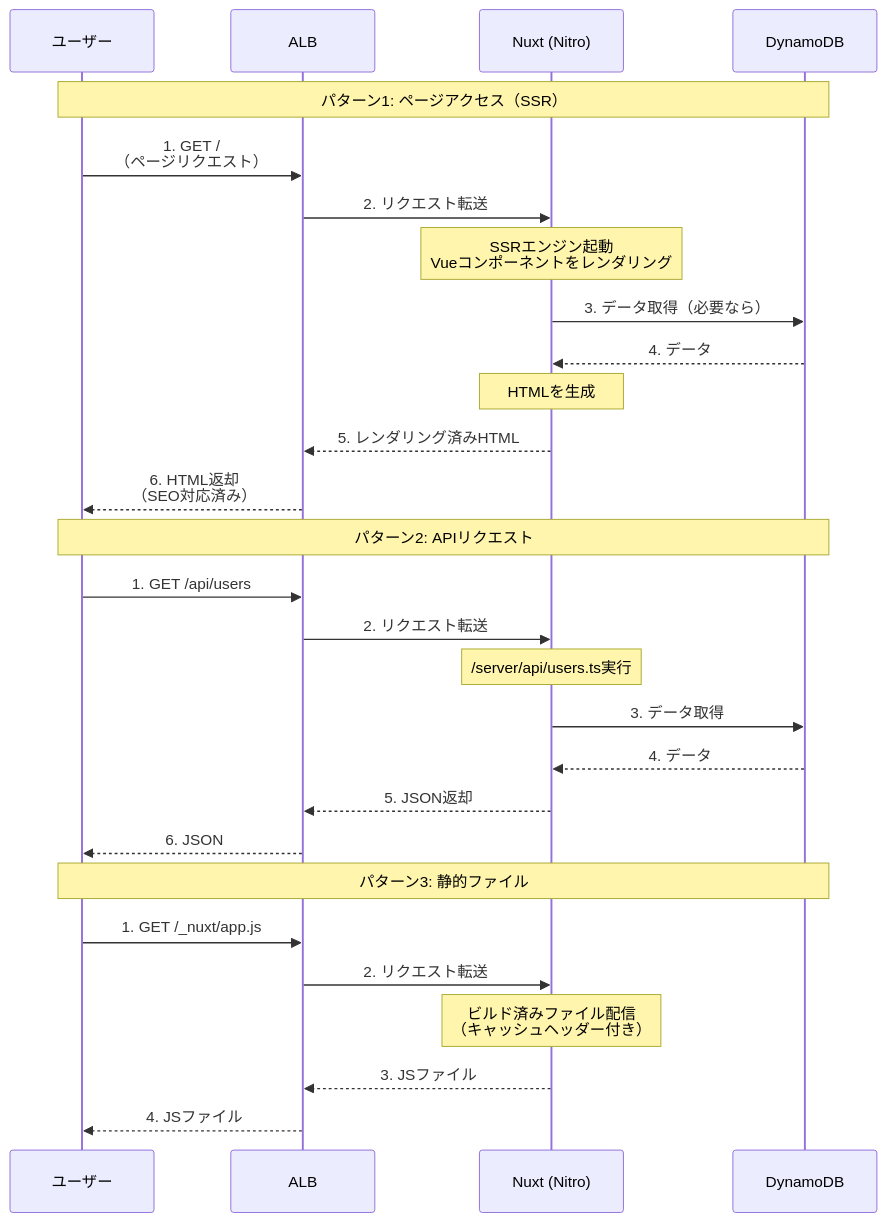
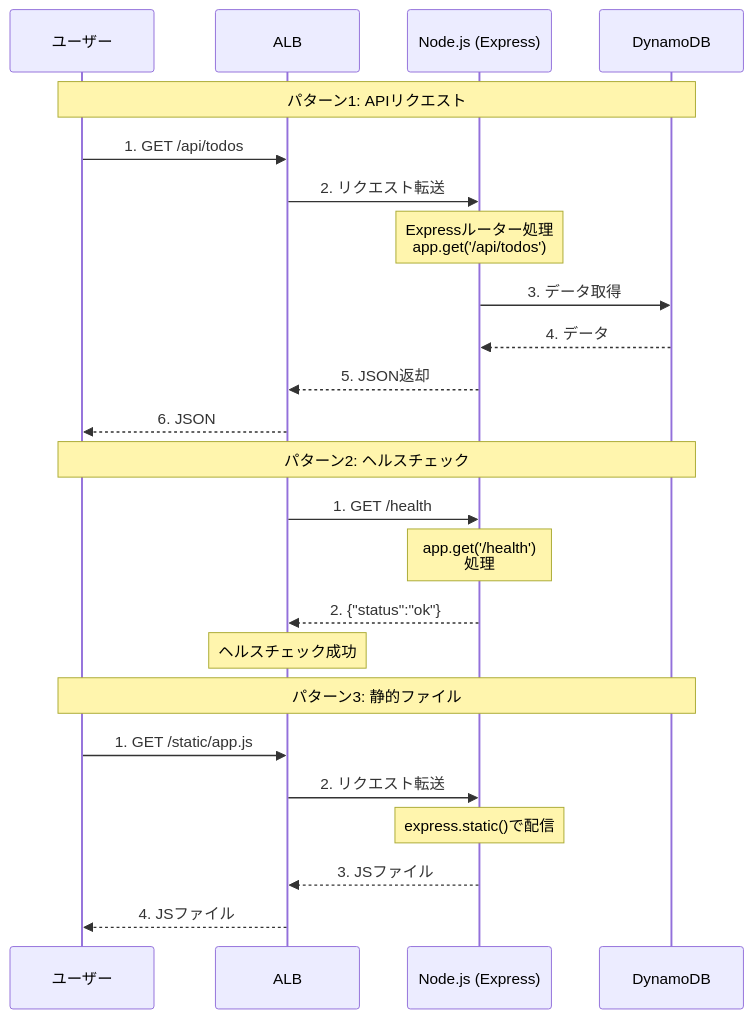
One commit to andsaki/cdk-study changed the fifth of 5 diagrams in docs/alb_ecs_architecture.md. Above: the diagram before and after it, drawn with Mermaid. The commit also changed other lines of this file, not shown here.

First line of the commit message:
docs: Update architecture to reflect Node.js Express instead of Nuxt

````diff
--- a/docs/alb_ecs_architecture.md
+++ b/docs/alb_ecs_architecture.md
@@ -415,36 +374,32 @@
 ```mermaid
 sequenceDiagram
     participant User as ユーザー
     participant ALB as ALB
-    participant Nitro as Nuxt (Nitro)
+    participant Express as Node.js (Express)
     participant DDB as DynamoDB
 
-    Note over User,DDB: パターン1: ページアクセス（SSR）
+    Note over User,DDB: パターン1: APIリクエスト
 
-    User->>ALB: 1. GET /<br/>（ページリクエスト）
-    ALB->>Nitro: 2. リクエスト転送
-    Note over Nitro: SSRエンジン起動<br/>Vueコンポーネントをレンダリング
-    Nitro->>DDB: 3. データ取得（必要なら）
-    DDB-->>Nitro: 4. データ
-    Note over Nitro: HTMLを生成
-    Nitro-->>ALB: 5. レンダリング済みHTML
-    ALB-->>User: 6. HTML返却<br/>（SEO対応済み）
+    User->>ALB: 1. GET /api/todos
+    ALB->>Express: 2. リクエスト転送
+    Note over Express: Expressルーター処理<br/>app.get('/api/todos')
+    Express->>DDB: 3. データ取得
+    DDB-->>Express: 4. データ
+    Express-->>ALB: 5. JSON返却
+    ALB-->>User: 6. JSON
 
-    Note over User,DDB: パターン2: APIリクエスト
+    Note over User,DDB: パターン2: ヘルスチェック
 
-    User->>ALB: 1. GET /api/users
-    ALB->>Nitro: 2. リクエスト転送
-    Note over Nitro: /server/api/users.ts実行
-    Nitro->>DDB: 3. データ取得
-    DDB-->>Nitro: 4. データ
-    Nitro-->>ALB: 5. JSON返却
-    ALB-->>User: 6. JSON
+    ALB->>Express: 1. GET /health
+    Note over Express: app.get('/health')<br/>処理
+    Express-->>ALB: 2. {"status":"ok"}
+    Note over ALB: ヘルスチェック成功
 
     Note over User,DDB: パターン3: 静的ファイル
 
-    User->>ALB: 1. GET /_nuxt/app.js
-    ALB->>Nitro: 2. リクエスト転送
-    Note over Nitro: ビルド済みファイル配信<br/>（キャッシュヘッダー付き）
-    Nitro-->>ALB: 3. JSファイル
+    User->>ALB: 1. GET /static/app.js
+    ALB->>Express: 2. リクエスト転送
+    Note over Express: express.static()で配信
+    Express-->>ALB: 3. JSファイル
     ALB-->>User: 4. JSファイル
 ```
````
